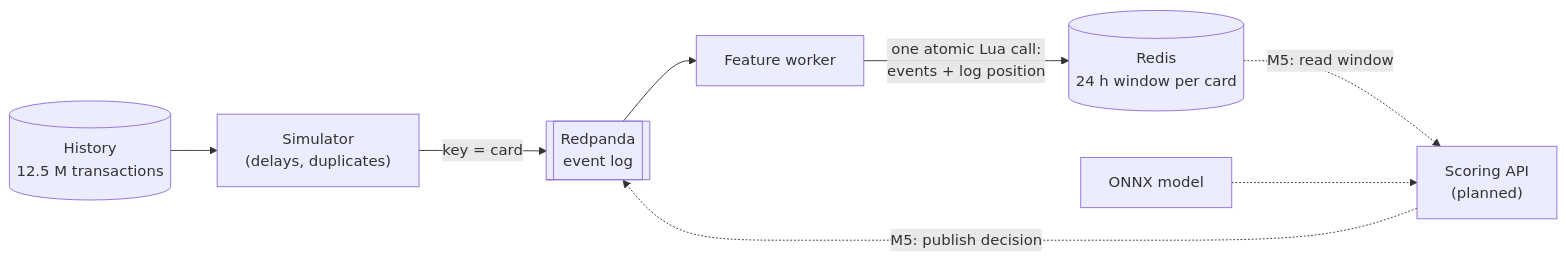
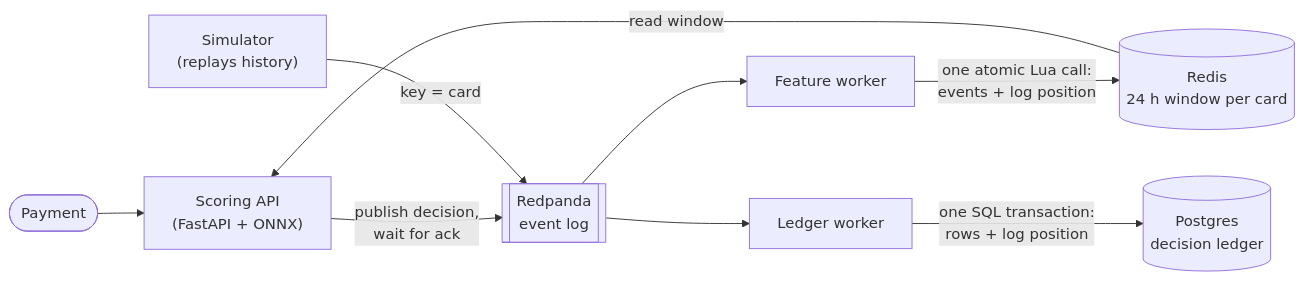
One commit to emmanuelterah/finspeq changed the diagram in README.md. Above: the diagram before and after it, drawn with Mermaid. The commit also changed other lines of this file and 31 other files, not shown here.

````diff
--- a/README.md
+++ b/README.md
@@ -35,10 +38,11 @@
 ```mermaid
 flowchart LR
-    H[("History<br/>12.5 M transactions")] --> S["Simulator<br/>(delays, duplicates)"]
-    S -->|"key = card"| R[["Redpanda<br/>event log"]]
+    C(["Payment"]) --> API["Scoring API<br/>(FastAPI + ONNX)"]
+    X[("Redis<br/>24 h window per card")] -->|"read window"| API
+    API -->|"publish decision,<br/>wait for ack"| R[["Redpanda<br/>event log"]]
+    S["Simulator<br/>(replays history)"] -->|"key = card"| R
     R --> W["Feature worker"]
-    W -->|"one atomic Lua call:<br/>events + log position"| X[("Redis<br/>24 h window per card")]
-    X -.->|"M5: read window"| API["Scoring API<br/>(planned)"]
-    M["ONNX model"] -.-> API
-    API -.->|"M5: publish decision"| R
+    W -->|"one atomic Lua call:<br/>events + log position"| X
+    R --> L["Ledger worker"]
+    L -->|"one SQL transaction:<br/>rows + log position"| P[("Postgres<br/>decision ledger")]
 ```
````
